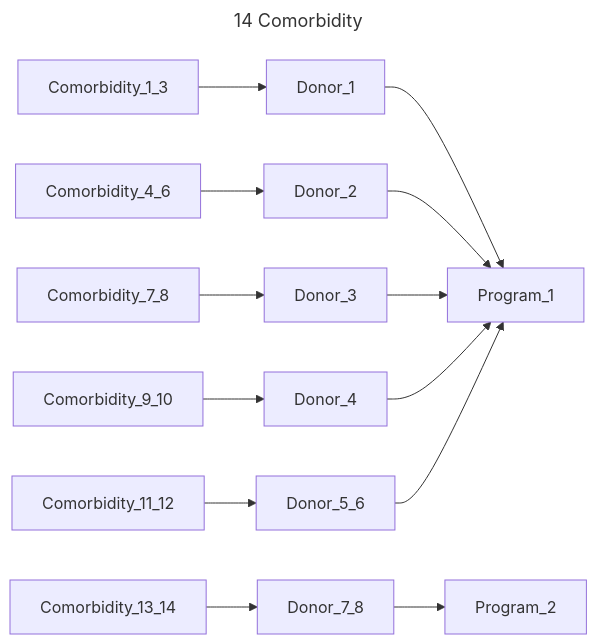
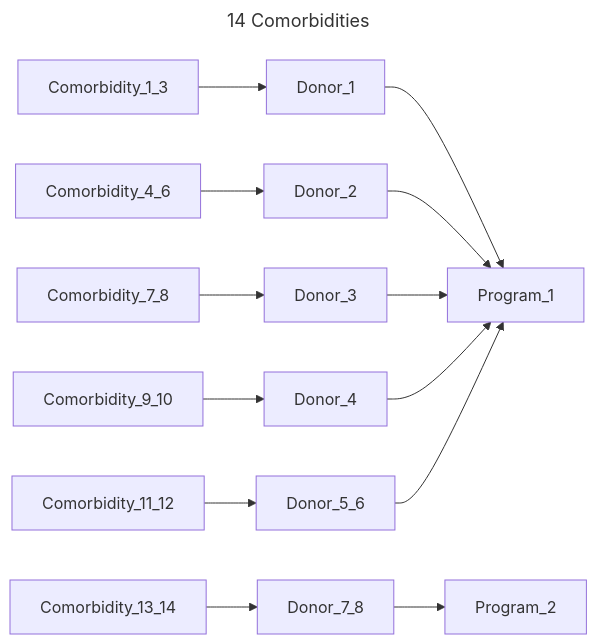
One commit to bento-platform/katsu changed diagram 13 of 13 in chord_metadata_service/mohpackets/data/small_dataset/README.md. Above: the diagram before and after it, drawn with Mermaid. The commit also changed other lines of this file, not shown here.

````diff
--- a/chord_metadata_service/mohpackets/data/small_dataset/README.md
+++ b/chord_metadata_service/mohpackets/data/small_dataset/README.md
@@ -264,12 +183,12 @@
 ```mermaid
 ---
-title: 14 Comorbidity
+title: 14 Comorbidities
 ---
 graph LR;  
   Comorbidity_1_3 --> Donor_1 --> Program_1;  
   Comorbidity_4_6 --> Donor_2 --> Program_1;  
   Comorbidity_7_8 --> Donor_3 --> Program_1;  
   Comorbidity_9_10 --> Donor_4 --> Program_1;  
   Comorbidity_11_12 --> Donor_5_6 --> Program_1;  
   Comorbidity_13_14 --> Donor_7_8 --> Program_2;
 ```
````
